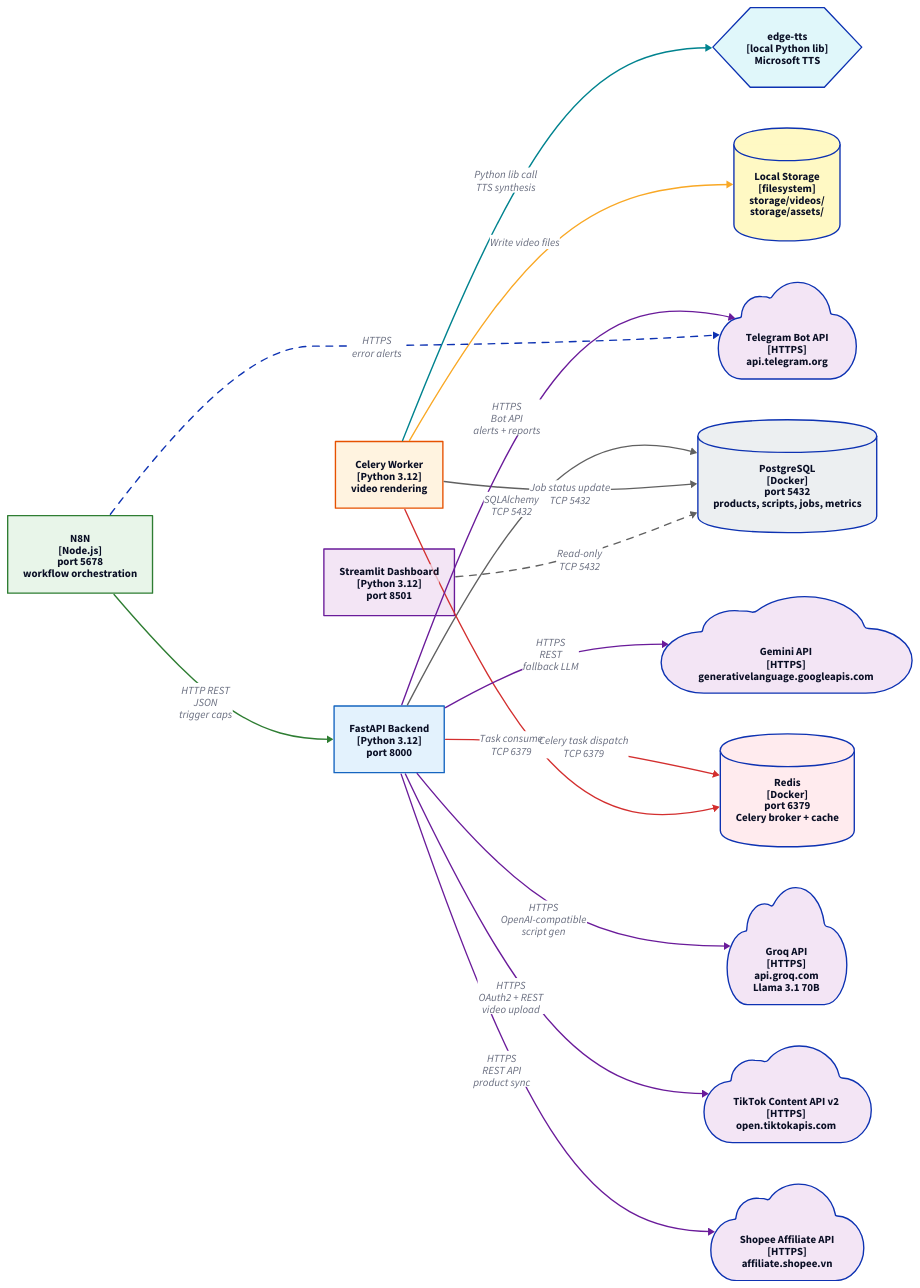
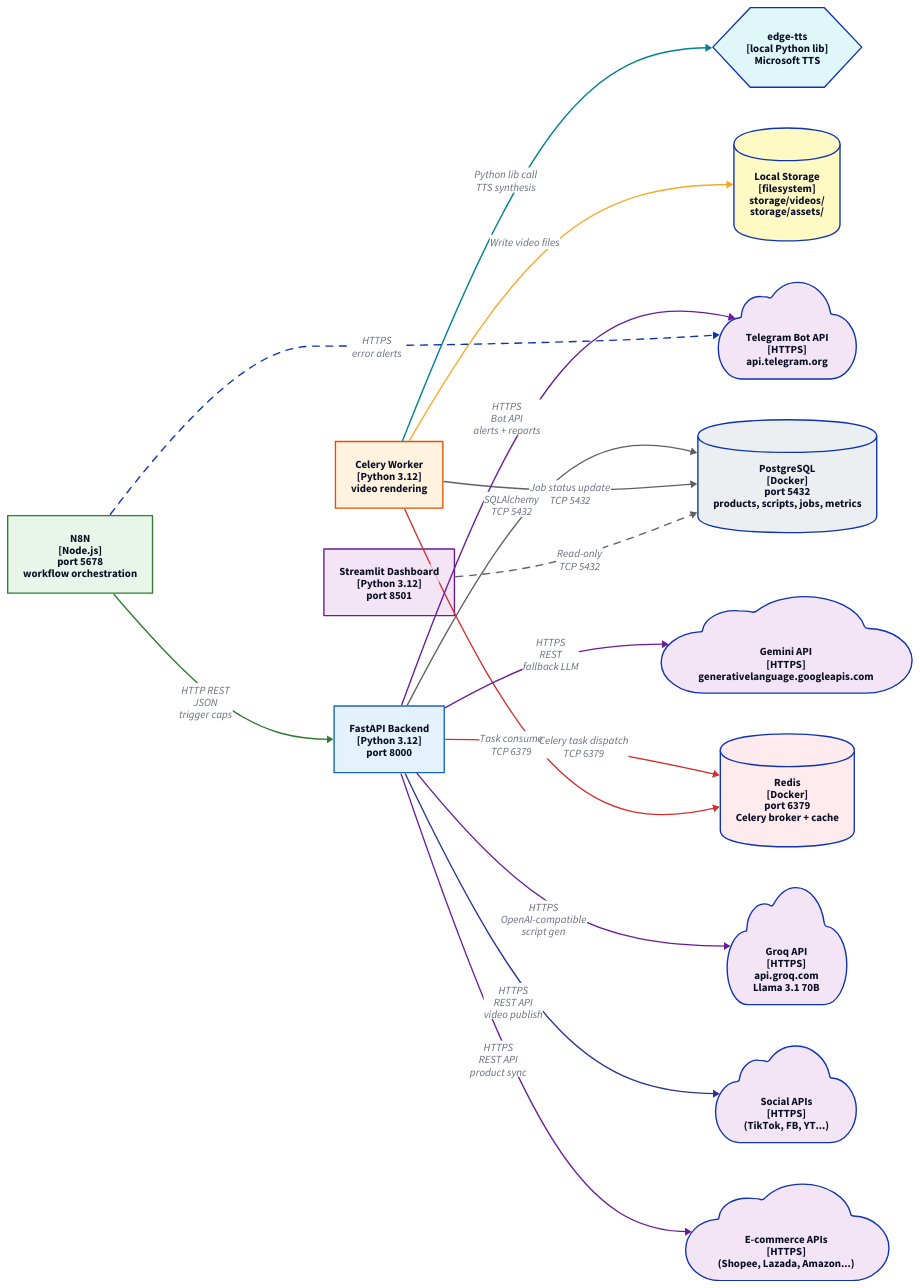
One commit to chungkhoantony1983/tt-affiliate changed the diagram in docs/specs/architecture/container-diagram.d2. Above: the diagram before and after it, drawn with D2. The commit also changed 67 other files, not shown here.

Commit message:
feat: add index.html, update policy pages, and sync architecture & backend implementation

```diff
--- a/docs/specs/architecture/container-diagram.d2
+++ b/docs/specs/architecture/container-diagram.d2
@@ -1,104 +1,104 @@
 # Container Diagram — Deployment Units
 # D2 format: processes, databases, queues, external systems
 
 direction: right
 
 # === Internal Containers ===
 fastapi: "FastAPI Backend\n[Python 3.12]\nport 8000" {
   shape: rectangle
   style.fill: "#E3F2FD"
   style.stroke: "#1565C0"
 }
 
 celery: "Celery Worker\n[Python 3.12]\nvideo rendering" {
   shape: rectangle
   style.fill: "#FFF3E0"
   style.stroke: "#E65100"
 }
 
 n8n: "N8N\n[Node.js]\nport 5678\nworkflow orchestration" {
   shape: rectangle
   style.fill: "#E8F5E9"
   style.stroke: "#2E7D32"
 }
 
 dashboard: "Streamlit Dashboard\n[Python 3.12]\nport 8501" {
   shape: rectangle
   style.fill: "#F3E5F5"
   style.stroke: "#6A1B9A"
 }
 
 # === Data Stores ===
 postgres: "PostgreSQL\n[Docker]\nport 5432\nproducts, scripts, jobs, metrics" {
   shape: cylinder
   style.fill: "#ECEFF1"
 }
 
 redis: "Redis\n[Docker]\nport 6379\nCelery broker + cache" {
   shape: cylinder
   style.fill: "#FFEBEE"
 }
 
 storage: "Local Storage\n[filesystem]\nstorage/videos/\nstorage/assets/" {
   shape: cylinder
   style.fill: "#FFF9C4"
 }
 
 # === External Systems ===
-shopee-api: "Shopee Affiliate API\n[HTTPS]\naffiliate.shopee.vn" {
+ecommerce-api: "E-commerce APIs\n[HTTPS]\n(Shopee, Lazada, Amazon...)" {
   shape: cloud
   style.fill: "#F3E5F5"
 }
 
-tiktok-api: "TikTok Content API v2\n[HTTPS]\nopen.tiktokapis.com" {
+social-api: "Social APIs\n[HTTPS]\n(TikTok, FB, YT...)" {
   shape: cloud
   style.fill: "#F3E5F5"
 }
 
 groq-api: "Groq API\n[HTTPS]\napi.groq.com\nLlama 3.1 70B" {
   shape: cloud
   style.fill: "#F3E5F5"
 }
 
 gemini-api: "Gemini API\n[HTTPS]\ngenerativelanguage.googleapis.com" {
   shape: cloud
   style.fill: "#F3E5F5"
 }
 
 edge-tts: "edge-tts\n[local Python lib]\nMicrosoft TTS" {
   shape: hexagon
   style.fill: "#E0F7FA"
 }
 
 telegram-api: "Telegram Bot API\n[HTTPS]\napi.telegram.org" {
   shape: cloud
   style.fill: "#F3E5F5"
 }
 
 # === Communication Edges ===
 
 # N8N → Backend (HTTP REST)
 n8n -> fastapi: "HTTP REST\nJSON\ntrigger caps" {style.stroke: "#2E7D32"}
 
 # Backend → Data
 fastapi -> postgres: "SQLAlchemy\nTCP 5432" {style.stroke: "#616161"}
 fastapi -> redis: "Celery task dispatch\nTCP 6379" {style.stroke: "#D32F2F"}
 celery -> redis: "Task consume\nTCP 6379" {style.stroke: "#D32F2F"}
 celery -> postgres: "Job status update\nTCP 5432" {style.stroke: "#616161"}
 celery -> storage: "Write video files" {style.stroke: "#F9A825"}
 
 # Backend → External APIs
-fastapi -> shopee-api: "HTTPS\nREST API\nproduct sync" {style.stroke: "#6A1B9A"}
-fastapi -> tiktok-api: "HTTPS\nOAuth2 + REST\nvideo upload" {style.stroke: "#6A1B9A"}
+fastapi -> ecommerce-api: "HTTPS\nREST API\nproduct sync" {style.stroke: "#6A1B9A"}
+fastapi -> social-api: "HTTPS\nREST API\nvideo publish" {style.stroke: "#283593"}
 fastapi -> groq-api: "HTTPS\nOpenAI-compatible\nscript gen" {style.stroke: "#6A1B9A"}
 fastapi -> gemini-api: "HTTPS\nREST\nfallback LLM" {style.stroke: "#6A1B9A"}
 fastapi -> telegram-api: "HTTPS\nBot API\nalerts + reports" {style.stroke: "#6A1B9A"}
 
 # Celery → Local tools
 celery -> edge-tts: "Python lib call\nTTS synthesis" {style.stroke: "#00838F"}
 
 # Dashboard → Data
 dashboard -> postgres: "Read-only\nTCP 5432" {style.stroke: "#616161"; style.stroke-dash: 5}
 
 # N8N → External (direct for simple tasks)
 n8n -> telegram-api: "HTTPS\nerror alerts" {style.stroke-dash: 5}
```
